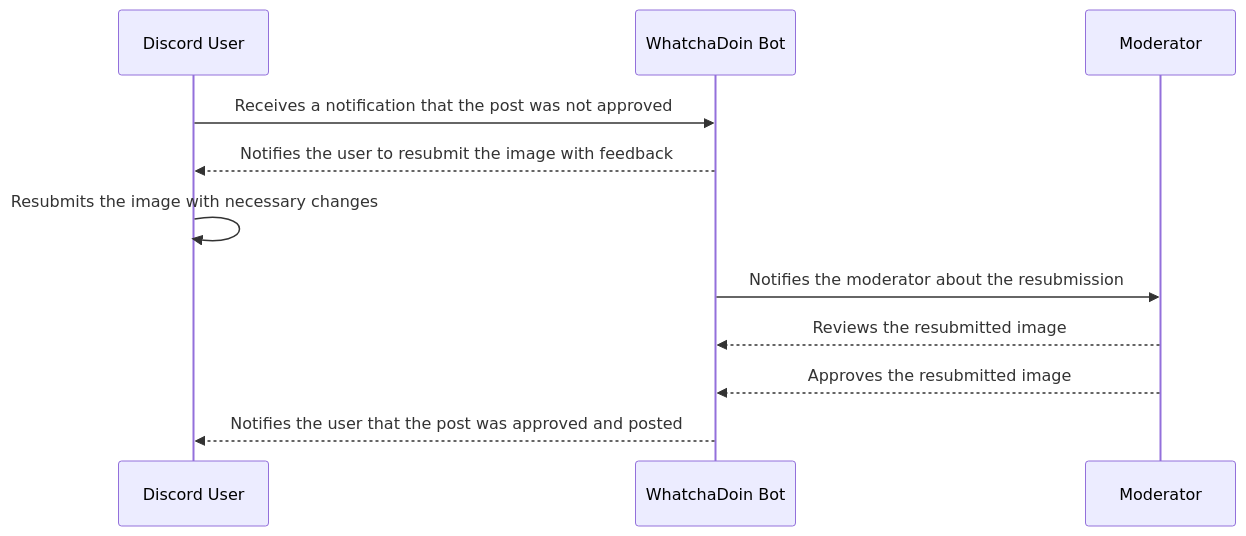
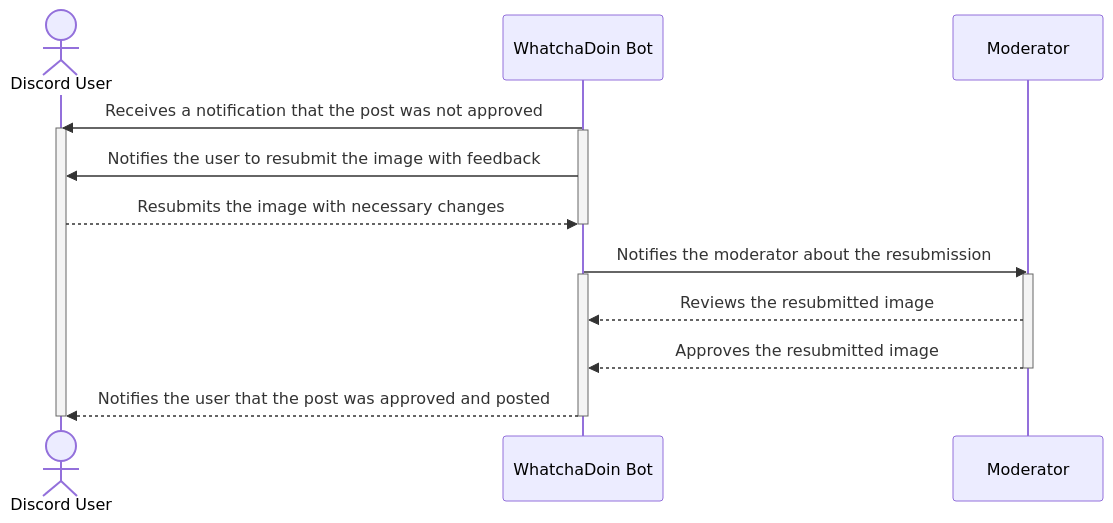
Before and after one commit to Capstone-Projects-2023-Fall/project-bereal-meets-slack: the seventh of 11 diagrams in documentation/docs/system-architecture/design.md, drawn with Mermaid. The commit also changed other lines of this file, not shown here.

````diff
--- a/documentation/docs/system-architecture/design.md
+++ b/documentation/docs/system-architecture/design.md
@@ -373,16 +373,24 @@
 ```mermaid
 
 sequenceDiagram
-    participant User as Discord User
+    actor User as Discord User
     participant WhatchaDoinBot as WhatchaDoin Bot
     participant Moderator as Moderator
 
-    User ->> WhatchaDoinBot: Receives a notification that the post was not approved
-    WhatchaDoinBot -->> User: Notifies the user to resubmit the image with feedback
-    User ->> User: Resubmits the image with necessary changes
+    WhatchaDoinBot ->> User: Receives a notification that the post was not approved
+    activate User
+    activate WhatchaDoinBot
+    WhatchaDoinBot ->> User: Notifies the user to resubmit the image with feedback
+    User -->> WhatchaDoinBot: Resubmits the image with necessary changes
+    deactivate WhatchaDoinBot
     WhatchaDoinBot ->> Moderator: Notifies the moderator about the resubmission
+    activate WhatchaDoinBot
+    activate Moderator
     Moderator -->> WhatchaDoinBot: Reviews the resubmitted image
     Moderator -->> WhatchaDoinBot: Approves the resubmitted image
+    deactivate Moderator
     WhatchaDoinBot -->> User: Notifies the user that the post was approved and posted
+    deactivate WhatchaDoinBot
+    deactivate User
 
 ```
````
